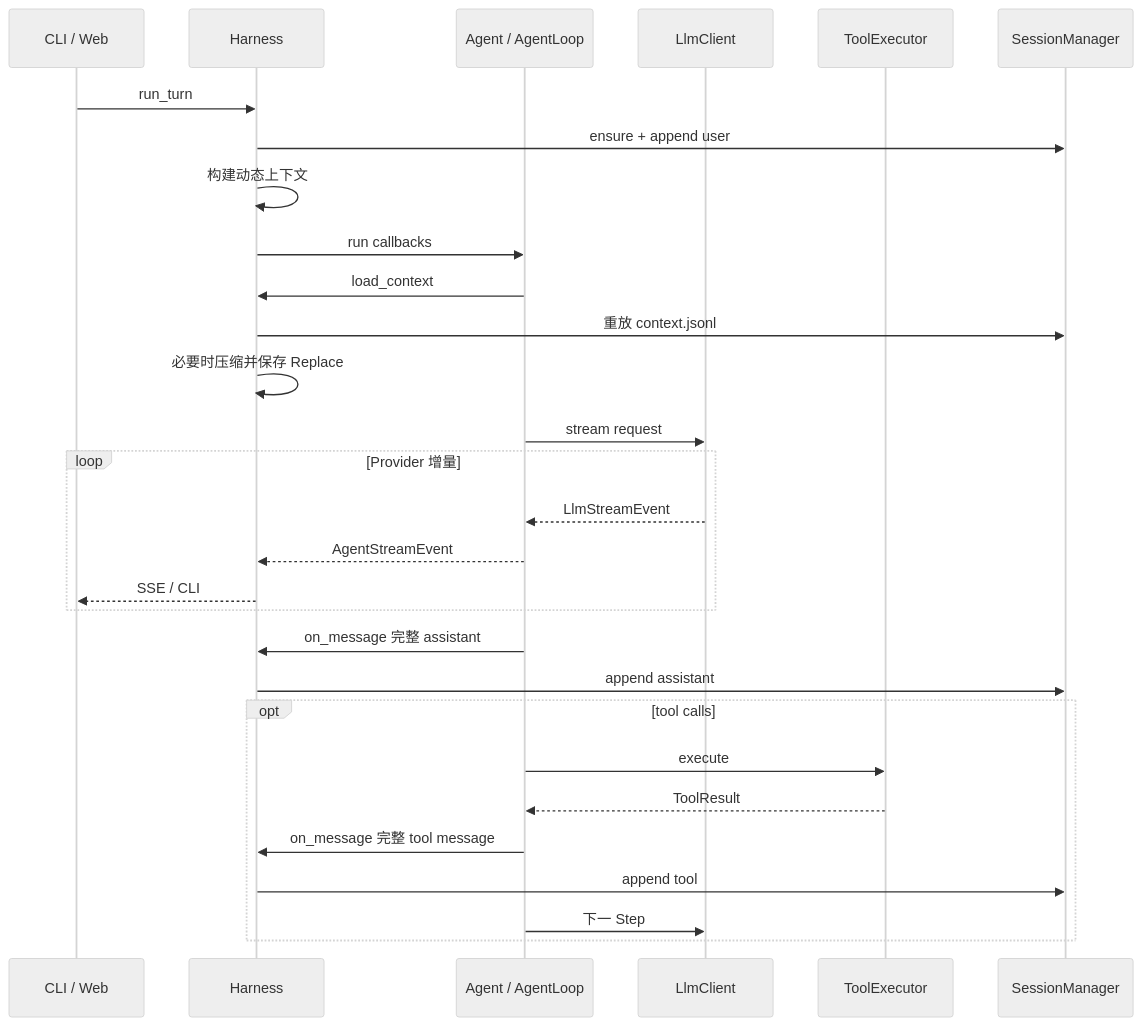
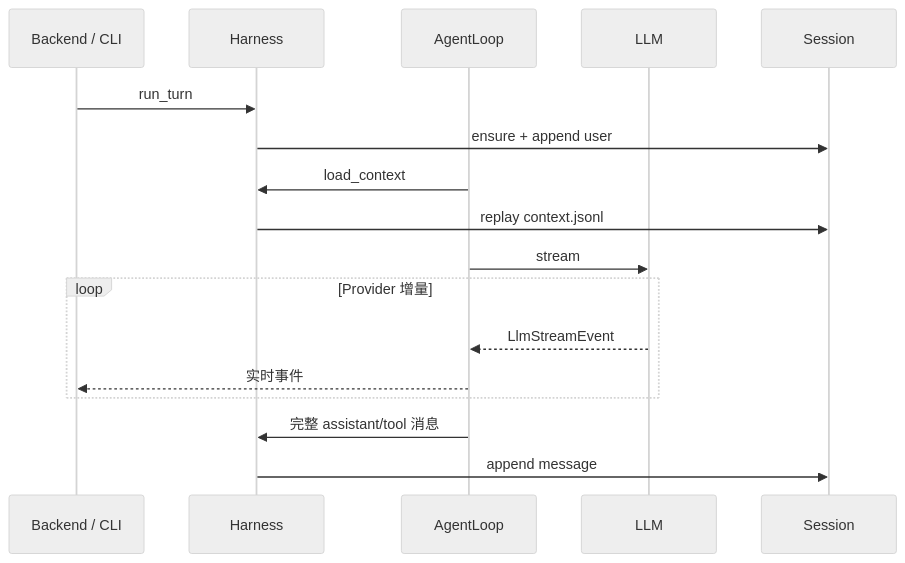
Before and after one commit to Camelovee/Camel-Harness: the second of 2 diagrams in docs/项目架构.md, drawn with Mermaid (neutral theme). The commit also changed other lines of this file and 170 other files, not shown here.

````diff
--- a/docs/项目架构.md
+++ b/docs/项目架构.md
@@ -151,32 +127,20 @@
 ```mermaid
 sequenceDiagram
-    participant U as CLI / Web
+    participant U as Backend / CLI
     participant H as Harness
-    participant A as Agent / AgentLoop
-    participant L as LlmClient
-    participant T as ToolExecutor
-    participant S as SessionManager
+    participant A as AgentLoop
+    participant L as LLM
+    participant S as Session
 
     U->>H: run_turn
     H->>S: ensure + append user
-    H->>H: 构建动态上下文
-    H->>A: run callbacks
     A->>H: load_context
-    H->>S: 重放 context.jsonl
-    H->>H: 必要时压缩并保存 Replace
-    A->>L: stream request
+    H->>S: replay context.jsonl
+    A->>L: stream
     loop Provider 增量
         L-->>A: LlmStreamEvent
-        A-->>H: AgentStreamEvent
-        H-->>U: SSE / CLI
+        A-->>U: 实时事件
     end
-    A->>H: on_message 完整 assistant
-    H->>S: append assistant
-    opt tool calls
-        A->>T: execute
-        T-->>A: ToolResult
-        A->>H: on_message 完整 tool message
-        H->>S: append tool
-        A->>L: 下一 Step
-    end
+    A->>H: 完整 assistant/tool 消息
+    H->>S: append message
 ```
````
